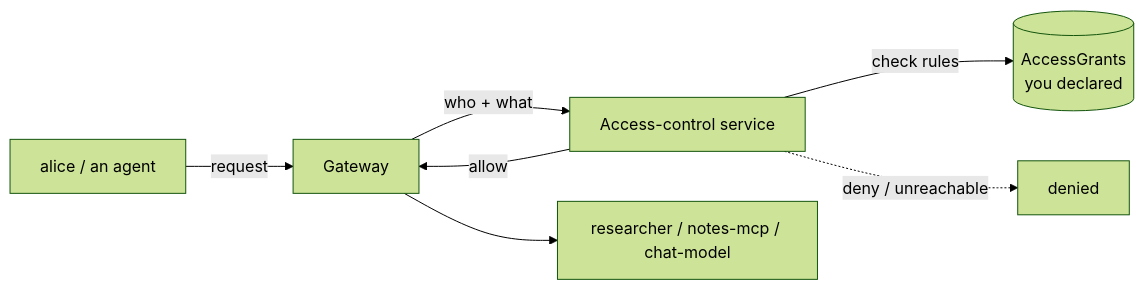
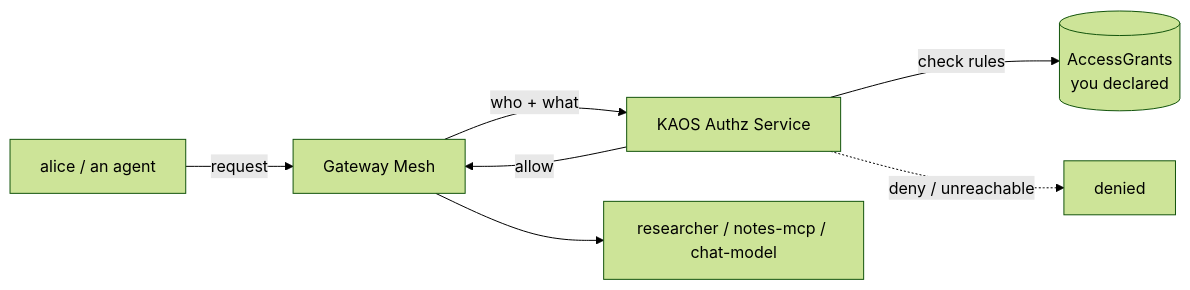
One commit to axsaucedo/kaos changed diagram 11 of 13 in docs/examples/authorization-draft.md. Above: the diagram before and after it, drawn with Mermaid (forest theme). The commit also changed other lines of this file, not shown here.

Commit message:
docs: restructure authorization guide (control-plane diagrams, folded example, Part 5 reframe, naming)

````diff
--- a/docs/examples/authorization-draft.md
+++ b/docs/examples/authorization-draft.md
@@ -695,9 +872,9 @@
 ```mermaid
 flowchart LR
-  P["alice / an agent"] -->|"request"| GW["Gateway"]
-  GW -->|"who + what"| AC["Access-control service"]
-  AC -->|"check rules"| GRANTS[("AccessGrants<br/>you declared")]
-  AC -->|"allow"| GW
+  P["alice / an agent"] -->|"request"| GW["Gateway Mesh"]
+  GW -->|"who + what"| AZ["KAOS Authz Service"]
+  AZ -->|"check rules"| GRANTS[("AccessGrants<br/>you declared")]
+  AZ -->|"allow"| GW
   GW --> DEST["researcher / notes-mcp / chat-model"]
-  AC -.->|"deny / unreachable"| STOP["denied"]
+  AZ -.->|"deny / unreachable"| STOP["denied"]
 ```
````
